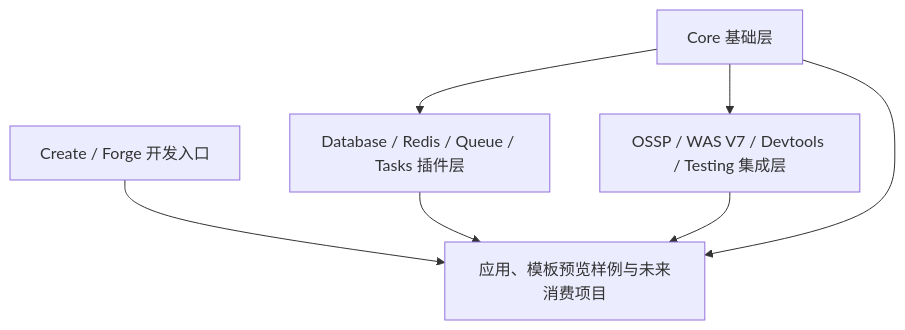
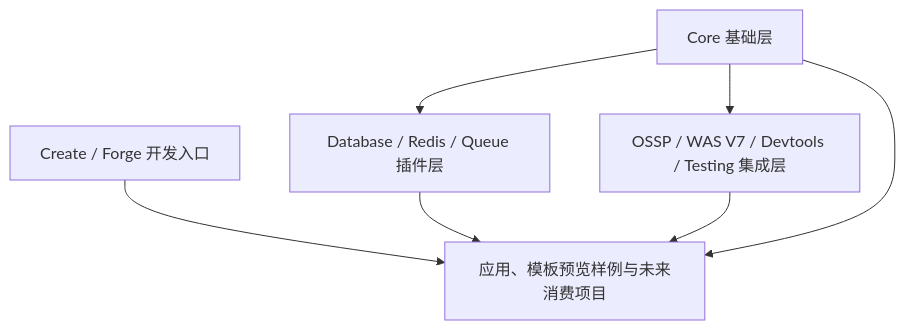
The diagram in docs/04-project-development/04-design/system-architecture.md (uroborus2s/obsync-root), drawn with Mermaid before and after one commit. The commit also changed other lines of this file and 22 other files, not shown here.

````diff
--- a/docs/04-project-development/04-design/system-architecture.md
+++ b/docs/04-project-development/04-design/system-architecture.md
@@ -24,9 +24,9 @@
 ```mermaid
 flowchart TD
   A["Create / Forge 开发入口"] --> E["应用、模板预览样例与未来消费项目"]
-  B["Core 基础层"] --> C["Database / Redis / Queue / Tasks 插件层"]
+  B["Core 基础层"] --> C["Database / Redis / Queue 插件层"]
   B --> D["OSSP / WAS V7 / Devtools / Testing 集成层"]
   C --> E
   D --> E
   B --> E
 ```
````
